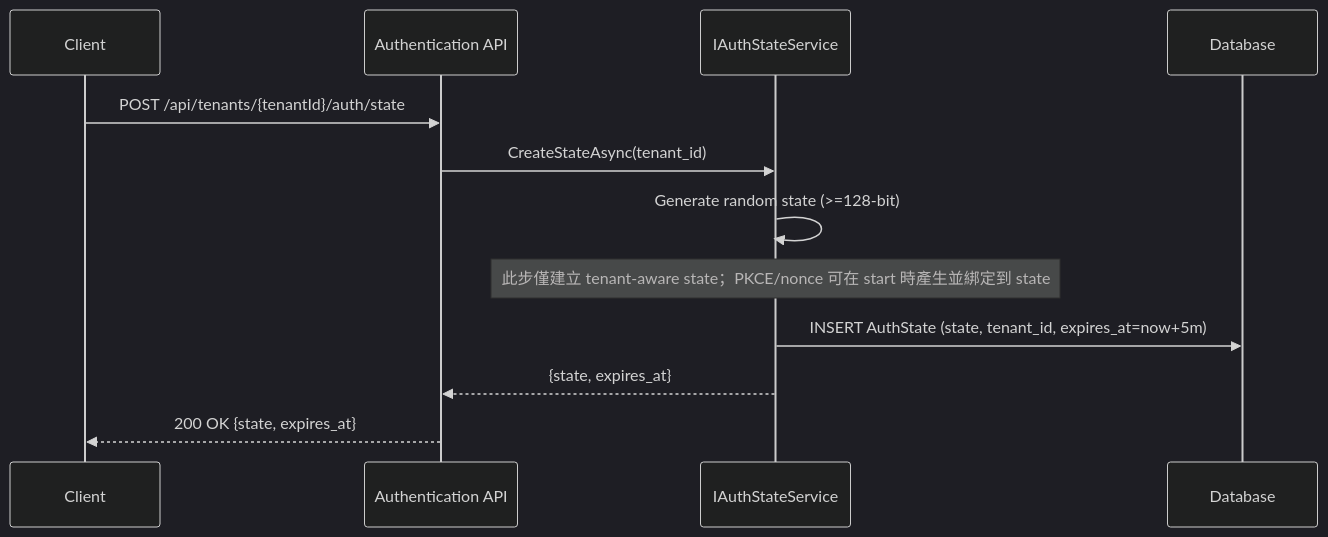
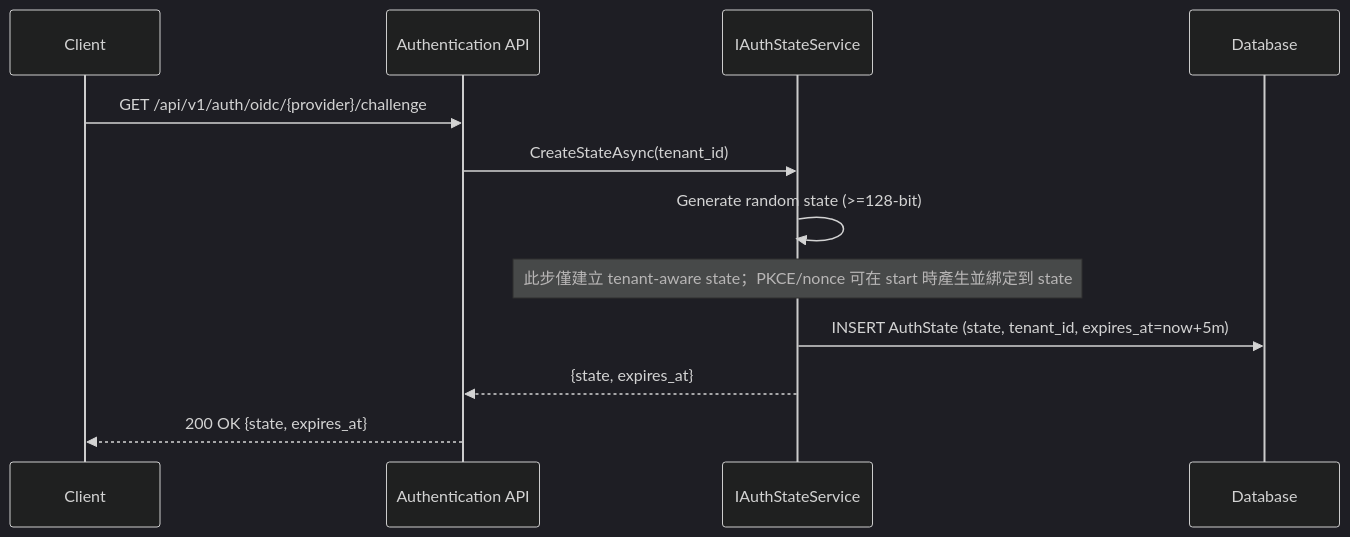
Before and after one commit to Bird73/Service: the second of 12 diagrams in docs/SequenceDiagrams.md, drawn with Mermaid (dark theme). The commit also changed other lines of this file and 125 other files, not shown here.

````diff
--- a/docs/SequenceDiagrams.md
+++ b/docs/SequenceDiagrams.md
@@ -54,15 +55,15 @@
 ```mermaid
 sequenceDiagram
     participant C as Client
     participant API as Authentication API
     participant SS as IAuthStateService
     participant DB as Database
 
-    C->>API: POST /api/tenants/{tenantId}/auth/state
+    C->>API: GET /api/v1/auth/oidc/{provider}/challenge
     API->>SS: CreateStateAsync(tenant_id)
     SS->>SS: Generate random state (>=128-bit)
     note over SS: 此步僅建立 tenant-aware state；PKCE/nonce 可在 start 時產生並綁定到 state
     SS->>DB: INSERT AuthState (state, tenant_id, expires_at=now+5m)
     SS-->>API: {state, expires_at}
     API-->>C: 200 OK {state, expires_at}
 ```
````
